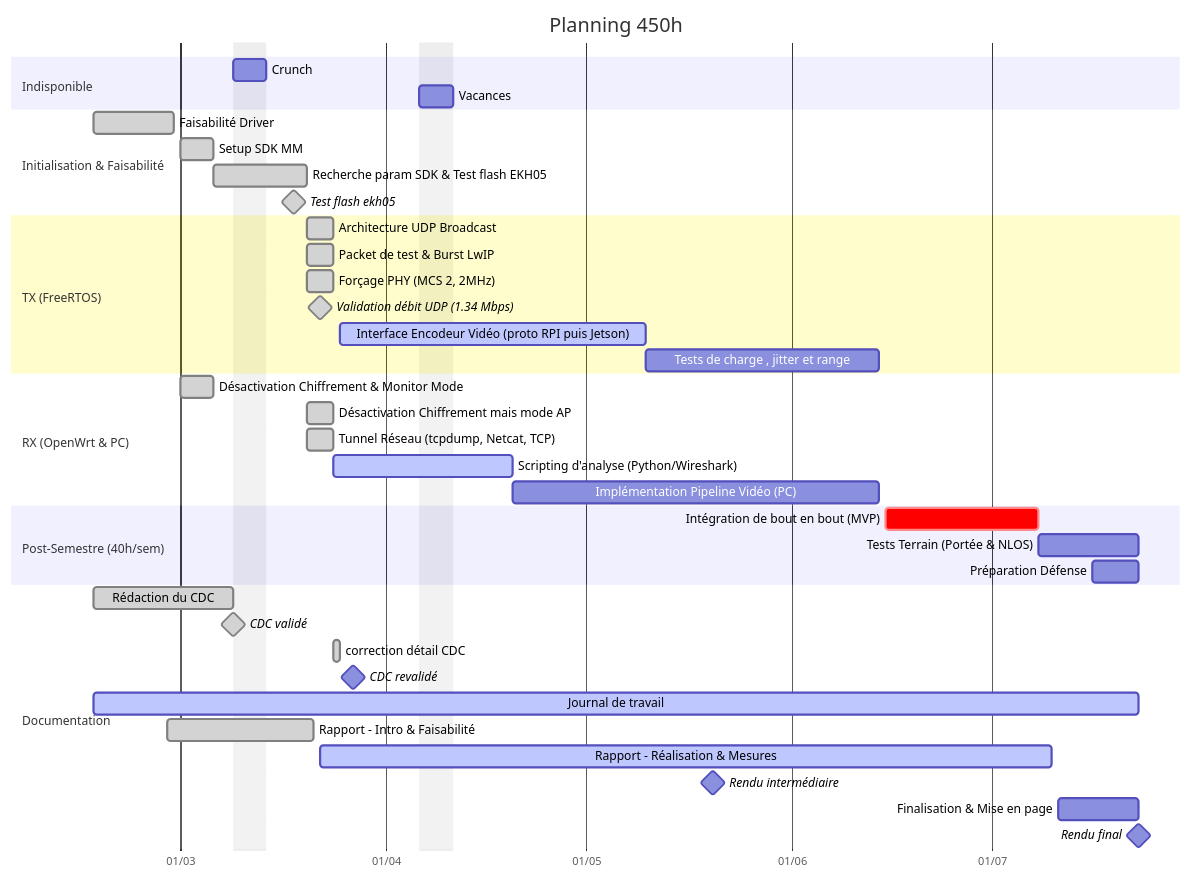
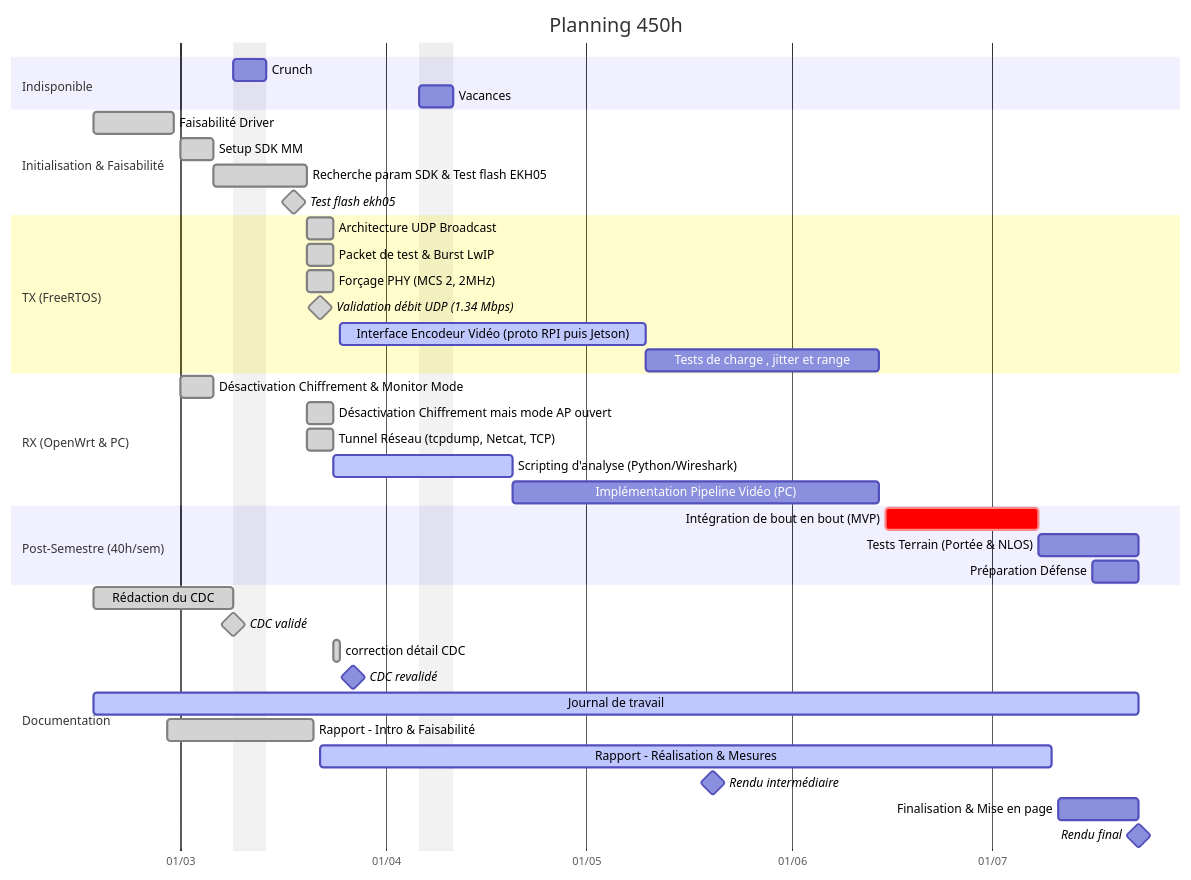
Before and after one commit to TschantzN/doc-bachelore-2026: the fourth of 5 diagrams in JOURNAL/JOURNAL_DE_TRAVAIL.md, drawn with Mermaid. The commit also changed other lines of this file, not shown here.

Commit message:
update gantt et journal

````diff
--- a/JOURNAL/JOURNAL_DE_TRAVAIL.md
+++ b/JOURNAL/JOURNAL_DE_TRAVAIL.md
@@ -177,51 +177,51 @@
 ```mermaid
 gantt
     title Planning 450h
     dateFormat  YYYY-MM-DD
     axisFormat  %d/%m
 
     excludes 2026-03-09,2026-03-10,2026-03-11,2026-03-12,2026-03-13,2026-04-06,2026-04-07,2026-04-08,2026-04-09,2026-04-10
     
     section Indisponible
     Crunch      :2026-03-09, 2026-03-14
     Vacances    :2026-04-06, 2026-04-11
 
     section Initialisation & Faisabilité
     Faisabilité Driver :done, p1, 2026-02-16, 2026-02-28
     Setup SDK MM       :done, p2, 2026-03-01, 2026-03-06
     Recherche param SDK & Test flash EKH05 :done, p3, 2026-03-06, 2026-03-20
     Test flash ekh05         :done,milestone ,2026-03-18, 0d
 
     
     section TX (FreeRTOS)
     Architecture UDP Broadcast :done, tx1, 2026-03-20, 2026-03-24
     Packet de test & Burst LwIP :done, tx2, 2026-03-20, 2026-03-24
     Forçage PHY (MCS 2, 2MHz) :done, tx3, 2026-03-20, 2026-03-24
     Validation débit UDP (1.34 Mbps) :done,milestone ,2026-03-22, 0d
     Interface Encodeur Vidéo (proto RPI puis Jetson) :active, tx4, 2026-03-25, 2026-05-10
     Tests de charge , jitter et range :tx5, 2026-05-10, 2026-06-14
 
     section RX (OpenWrt & PC)
     Désactivation Chiffrement & Monitor Mode :done, rx1, 2026-03-01, 2026-03-06
-    Désactivation Chiffrement mais mode AP :done, rx2, 2026-03-20, 2026-03-24
+    Désactivation Chiffrement mais mode AP ouvert :done, rx2, 2026-03-20, 2026-03-24
     Tunnel Réseau (tcpdump, Netcat, TCP) :done, rx3, 2026-03-20, 2026-03-24
     Scripting d'analyse (Python/Wireshark) :active, rx4, 2026-03-24, 2026-04-20
     Implémentation Pipeline Vidéo (PC) :rx5, 2026-04-20, 2026-06-14
 
     section Post-Semestre (40h/sem)
     Intégration de bout en bout (MVP) :crit, int1, 2026-06-15, 2026-07-08
     Tests Terrain (Portée & NLOS)    :int2, 2026-07-08, 2026-07-23
     Préparation Défense              :int3, 2026-07-16, 2026-07-23
 
     section Documentation
     Rédaction du CDC         :done, doc1, 2026-02-16, 2026-03-09
     CDC validé               :done, milestone ,2026-03-09, 0d
     correction détail CDC     :done, doc2, 2026-03-24, 1d
     CDC revalidé               :milestone ,2026-03-27, 0d
     Journal de travail       :active, doc3, 2026-02-16, 2026-07-23
     Rapport - Intro & Faisabilité :done,doc4, 2026-02-27, 2026-03-21
     Rapport - Réalisation & Mesures :active,doc5, 2026-03-22, 2026-07-10
     Rendu intermédiaire      :milestone ,2026-05-20, 0d
     Finalisation & Mise en page :doc6, 2026-07-11, 2026-07-23
     Rendu final              :milestone ,2026-07-23, 0d
 ```
````
